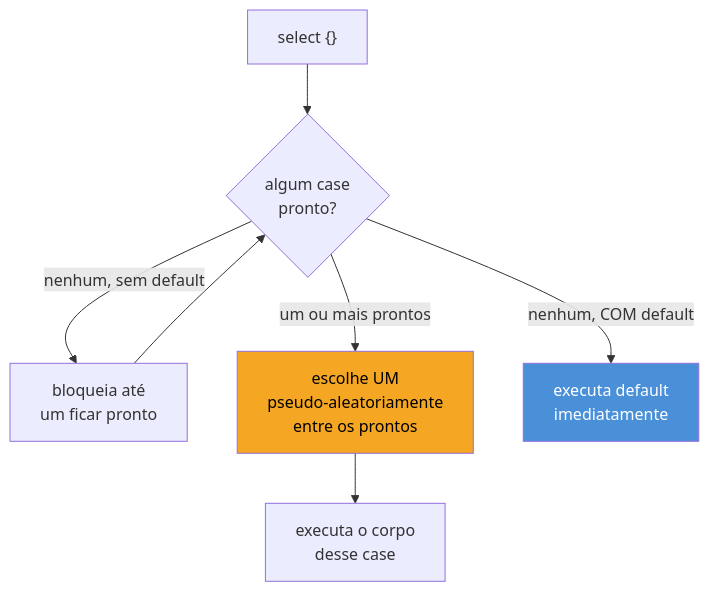
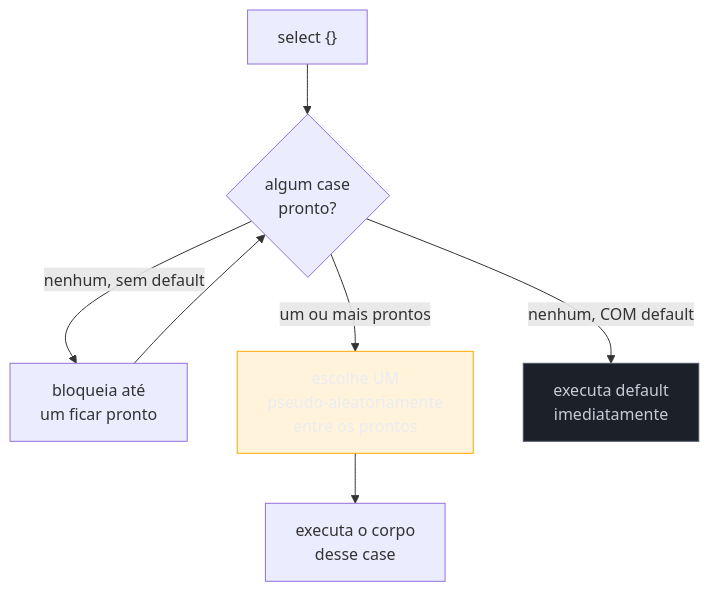
The first of 2 diagrams in 03-Dominios/Tecnologia/Go/08 - Channels e select/05 - select.md (josenaldo/codex-technomanticus), drawn with Mermaid before and after one commit. The commit also changed 1181 other files, not shown here.

First line of the commit message:
fix(diagramas): paleta do sistema no lugar de cor cravada no markdown

````diff
--- a/03-Dominios/Tecnologia/Go/08 - Channels e select/05 - select.md
+++ b/03-Dominios/Tecnologia/Go/08 - Channels e select/05 - select.md
@@ -47,12 +47,14 @@
 ```mermaid
 flowchart TD
+    classDef destaque fill:#FFAA0024,stroke:#FFAA00,color:#E9ECF2
+    classDef neutro fill:#1B2029,stroke:#4E5666,color:#C6CCD8
     A["select {}"] --> B{"algum case\npronto?"}
     B -- "nenhum, sem default" --> C["bloqueia até\num ficar pronto"]
     C --> B
     B -- "um ou mais prontos" --> D["escolhe UM\npseudo-aleatoriamente\nentre os prontos"]
     D --> E["executa o corpo\ndesse case"]
     B -- "nenhum, COM default" --> F["executa default\nimediatamente"]
 
-    style D fill:#F5A623,color:#000
-    style F fill:#4A90D9,color:#fff
+    class D destaque
+    class F neutro
 ```
````
